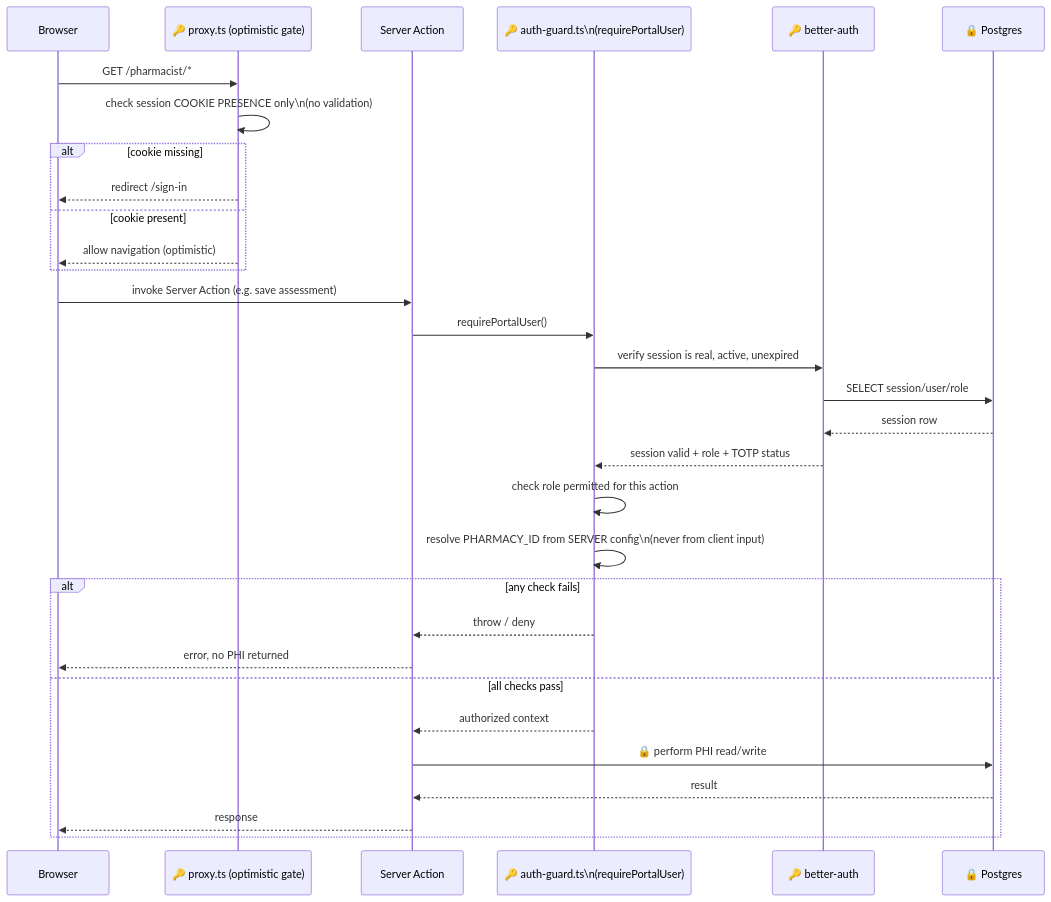
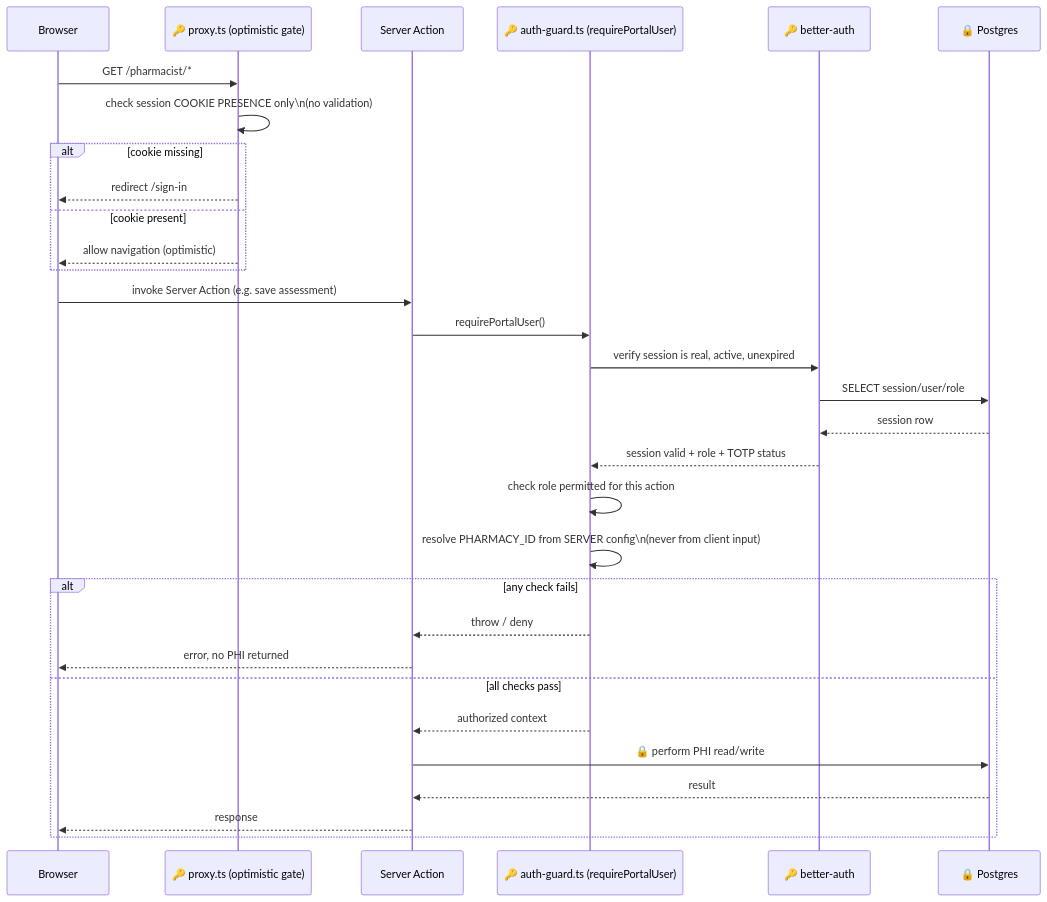
One commit to RoyianChow/AgentOMA changed the fifth of 9 diagrams in docs/architecture/diagrams/SYSTEM-DIAGRAMS.md. Above: the diagram before and after it, drawn with Mermaid. The commit also changed other lines of this file, not shown here.

Commit message:
fix(architecture): remove literal \n from Mermaid sequence-diagram participant aliases
Mermaid sequence-diagram participant labels don't reliably render embedded
\n the way flowchart node labels do; fixed two participant declarations
in diagrams 5 and 6 to stay single-line. Verified subgraph/end and alt/end
pairing across all 9 current-state diagrams plus diagram 10 in
TARGET-ARCHITECTURE.md — all balanced.

````diff
--- a/docs/architecture/diagrams/SYSTEM-DIAGRAMS.md
+++ b/docs/architecture/diagrams/SYSTEM-DIAGRAMS.md
@@ -169,34 +169,34 @@
 ```mermaid
 sequenceDiagram
   participant B as Browser
   participant P as 🔑 proxy.ts (optimistic gate)
   participant A as Server Action
-  participant G as 🔑 auth-guard.ts\n(requirePortalUser)
+  participant G as 🔑 auth-guard.ts (requirePortalUser)
   participant BA as 🔑 better-auth
   participant DB as 🔒 Postgres
 
   B->>P: GET /pharmacist/*
   P->>P: check session COOKIE PRESENCE only\n(no validation)
   alt cookie missing
     P-->>B: redirect /sign-in
   else cookie present
     P-->>B: allow navigation (optimistic)
   end
   B->>A: invoke Server Action (e.g. save assessment)
   A->>G: requirePortalUser()
   G->>BA: verify session is real, active, unexpired
   BA->>DB: SELECT session/user/role
   DB-->>BA: session row
   BA-->>G: session valid + role + TOTP status
   G->>G: check role permitted for this action
   G->>G: resolve PHARMACY_ID from SERVER config\n(never from client input)
   alt any check fails
     G-->>A: throw / deny
     A-->>B: error, no PHI returned
   else all checks pass
     G-->>A: authorized context
     A->>DB: 🔒 perform PHI read/write
     DB-->>A: result
     A-->>B: response
   end
 ```
````
